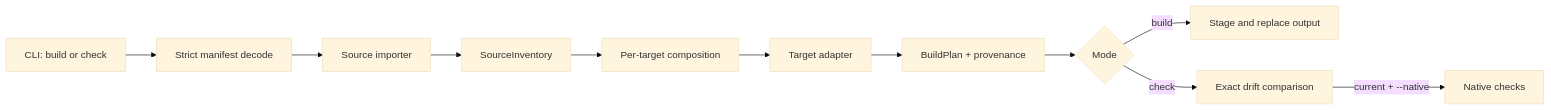
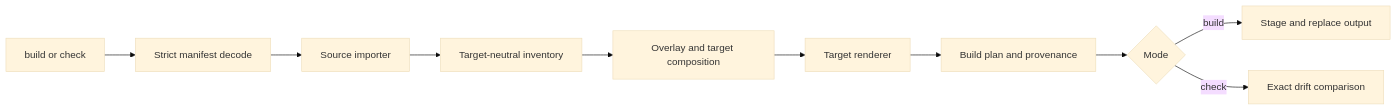
One commit to alexei-led/agentbundler changed the diagram in docs/guide.md. Above: the diagram before and after it, drawn with Mermaid (base theme). The commit also changed other lines of this file and 2 other files, not shown here.

````diff
--- a/docs/guide.md
+++ b/docs/guide.md
@@ -156,13 +577,12 @@
 ```mermaid
 flowchart LR
-    CLI[CLI: build or check] --> Manifest[Strict manifest decode]
+    CLI[build or check] --> Manifest[Strict manifest decode]
     Manifest --> Import[Source importer]
-    Import --> Inventory[SourceInventory]
-    Inventory --> Compose[Per-target composition]
-    Compose --> Adapter[Target adapter]
-    Adapter --> Plan[BuildPlan + provenance]
+    Import --> Inventory[Target-neutral inventory]
+    Inventory --> Compose[Overlay and target composition]
+    Compose --> Render[Target renderer]
+    Render --> Plan[Build plan and provenance]
     Plan --> Mode{Mode}
     Mode -->|build| Write[Stage and replace output]
     Mode -->|check| Compare[Exact drift comparison]
-    Compare -->|current + --native| Verify[Native checks]
 ```
````
